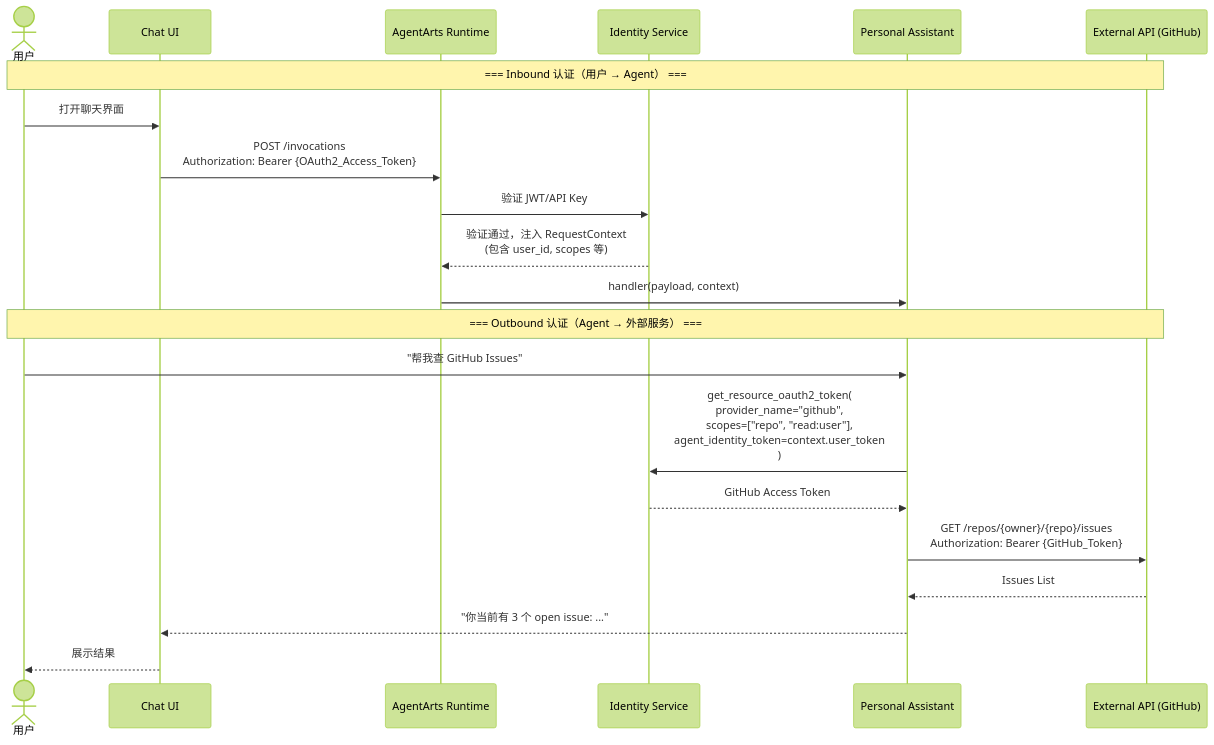
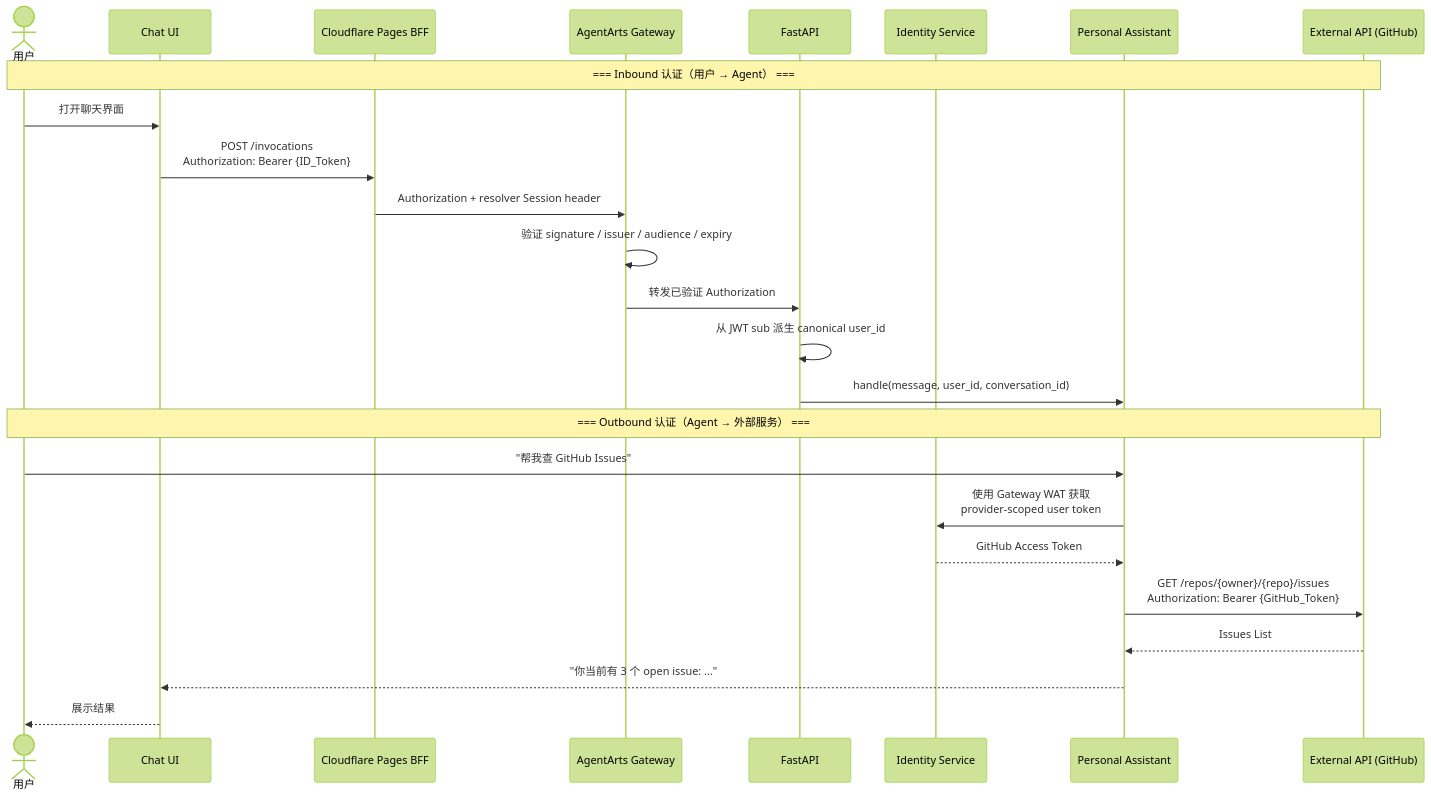
Before and after one commit to T-1009/personal-assistant: the third of 7 diagrams in personal-assistant-meta/architecture/overall_architecture.md, drawn with Mermaid (forest theme). The commit also changed other lines of this file and 105 other files, not shown here.

First line of the commit message:
feat: implement multi-session runtime pre-warm with session cookies, conversation API, and sidebar UI

````diff
--- a/personal-assistant-meta/architecture/overall_architecture.md
+++ b/personal-assistant-meta/architecture/overall_architecture.md
@@ -123,30 +129,34 @@
 ```mermaid
 sequenceDiagram
     actor User as 用户
     participant Client as Chat UI
-    participant RT as AgentArts Runtime
+    participant Pages as Cloudflare Pages BFF
+    participant GW as AgentArts Gateway
+    participant API as FastAPI
     participant ID as Identity Service
     participant Agent as Personal Assistant
     participant Ext as External API (GitHub)
 
     Note over User,Ext: === Inbound 认证（用户 → Agent） ===
 
     User->>Client: 打开聊天界面
-    Client->>RT: POST /invocations<br/>Authorization: Bearer {OAuth2_Access_Token}
-    RT->>ID: 验证 JWT/API Key
-    ID-->>RT: 验证通过，注入 RequestContext<br/>(包含 user_id, scopes 等)
-    RT->>Agent: handler(payload, context)
+    Client->>Pages: POST /invocations<br/>Authorization: Bearer {ID_Token}
+    Pages->>GW: Authorization + resolver Session header
+    GW->>GW: 验证 signature / issuer / audience / expiry
+    GW->>API: 转发已验证 Authorization
+    API->>API: 从 JWT sub 派生 canonical user_id
+    API->>Agent: handle(message, user_id, conversation_id)
 
     Note over User,Ext: === Outbound 认证（Agent → 外部服务） ===
 
     User->>Agent: "帮我查 GitHub Issues"
 
-    Agent->>ID: get_resource_oauth2_token(<br/>  provider_name="github",<br/>  scopes=["repo", "read:user"],<br/>  agent_identity_token=context.user_token<br/>)
+    Agent->>ID: 使用 Gateway WAT 获取<br/>provider-scoped user token
     ID-->>Agent: GitHub Access Token
 
     Agent->>Ext: GET /repos/{owner}/{repo}/issues<br/>Authorization: Bearer {GitHub_Token}
     Ext-->>Agent: Issues List
 
     Agent-->>Client: "你当前有 3 个 open issue: ..."
     Client-->>User: 展示结果
 ```
````
